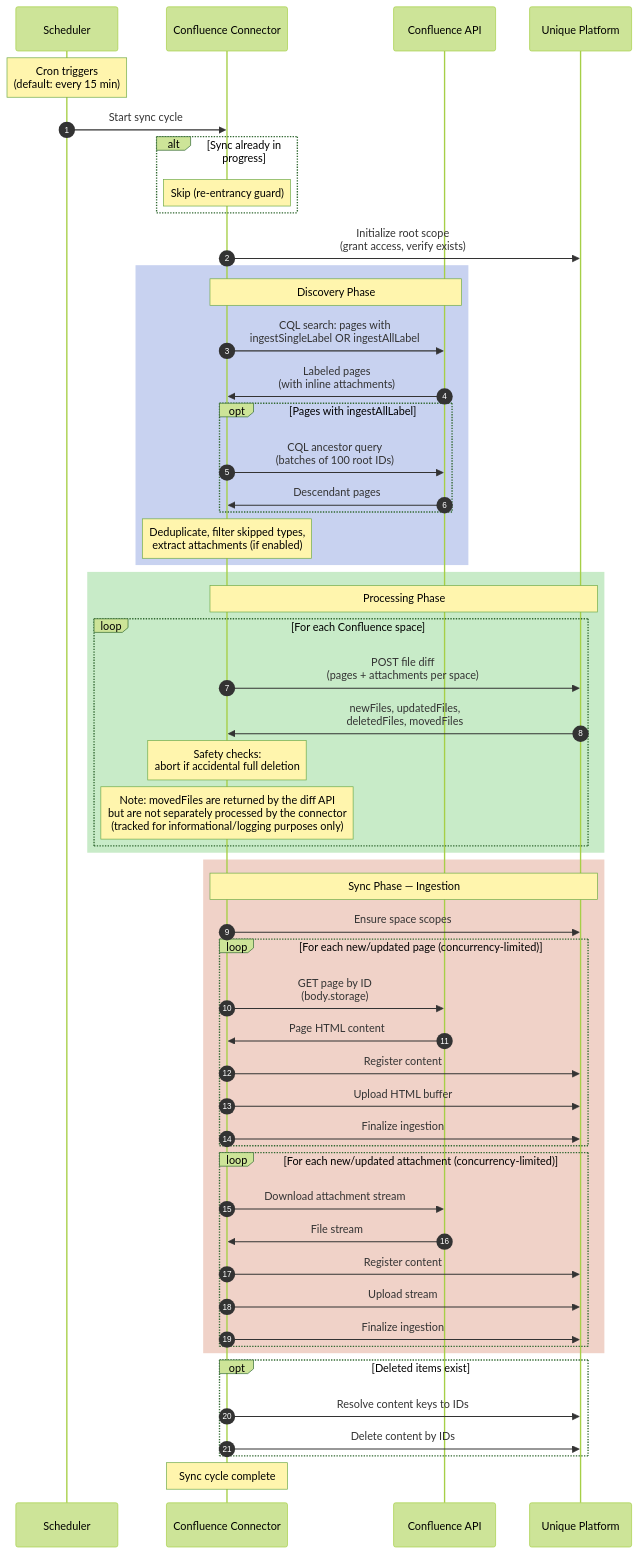
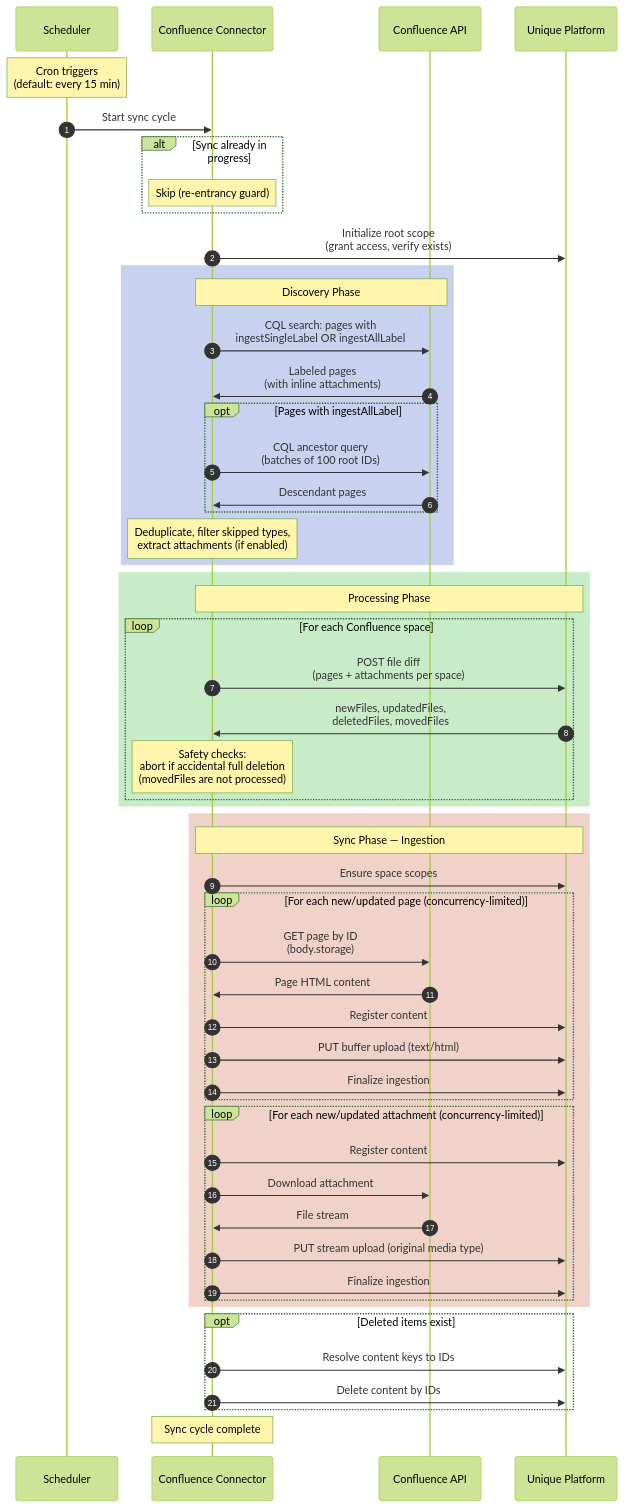
Before and after one commit to Unique-AG/connectors: the second of 6 diagrams in services/confluence-connector/docs/technical/flows.md, drawn with Mermaid (forest theme).

Commit message:
fix(confluence-connector): correct sync sequence diagram truthfulness
Fix attachment ingestion order to Register→Download→Upload→Finalize
(was incorrectly showing Download first). Distinguish buffer upload
(pages) from stream upload (attachments). Condense verbose movedFiles
note.

````diff
--- a/services/confluence-connector/docs/technical/flows.md
+++ b/services/confluence-connector/docs/technical/flows.md
@@ -62,68 +62,67 @@
 ```mermaid
 sequenceDiagram
     autonumber
     participant Scheduler
     participant Connector as Confluence Connector
     participant Confluence as Confluence API
     participant Unique as Unique Platform
 
     Note over Scheduler: Cron triggers<br/>(default: every 15 min)
     Scheduler->>Connector: Start sync cycle
 
     alt Sync already in progress
         Note over Connector: Skip (re-entrancy guard)
     end
 
     Connector->>Unique: Initialize root scope<br/>(grant access, verify exists)
 
     rect rgb(200, 210, 240)
         Note over Connector,Confluence: Discovery Phase
         Connector->>Confluence: CQL search: pages with<br/>ingestSingleLabel OR ingestAllLabel
         Confluence->>Connector: Labeled pages<br/>(with inline attachments)
 
         opt Pages with ingestAllLabel
             Connector->>Confluence: CQL ancestor query<br/>(batches of 100 root IDs)
             Confluence->>Connector: Descendant pages
         end
 
         Note over Connector: Deduplicate, filter skipped types,<br/>extract attachments (if enabled)
     end
 
     rect rgb(200, 235, 200)
         Note over Connector,Unique: Processing Phase
         loop For each Confluence space
             Connector->>Unique: POST file diff<br/>(pages + attachments per space)
             Unique->>Connector: newFiles, updatedFiles,<br/>deletedFiles, movedFiles
-            Note over Connector: Safety checks:<br/>abort if accidental full deletion
-            Note over Connector: Note: movedFiles are returned by the diff API<br/>but are not separately processed by the connector<br/>(tracked for informational/logging purposes only)
+            Note over Connector: Safety checks:<br/>abort if accidental full deletion<br/>(movedFiles are not processed)
         end
     end
 
     rect rgb(240, 210, 200)
         Note over Connector,Unique: Sync Phase — Ingestion
         Connector->>Unique: Ensure space scopes
 
         loop For each new/updated page (concurrency-limited)
             Connector->>Confluence: GET page by ID<br/>(body.storage)
             Confluence->>Connector: Page HTML content
             Connector->>Unique: Register content
-            Connector->>Unique: Upload HTML buffer
+            Connector->>Unique: PUT buffer upload (text/html)
             Connector->>Unique: Finalize ingestion
         end
 
         loop For each new/updated attachment (concurrency-limited)
-            Connector->>Confluence: Download attachment stream
+            Connector->>Unique: Register content
+            Connector->>Confluence: Download attachment
             Confluence->>Connector: File stream
-            Connector->>Unique: Register content
-            Connector->>Unique: Upload stream
+            Connector->>Unique: PUT stream upload (original media type)
             Connector->>Unique: Finalize ingestion
         end
     end
 
     opt Deleted items exist
         Connector->>Unique: Resolve content keys to IDs
         Connector->>Unique: Delete content by IDs
     end
 
     Note over Connector: Sync cycle complete
 ```
````
